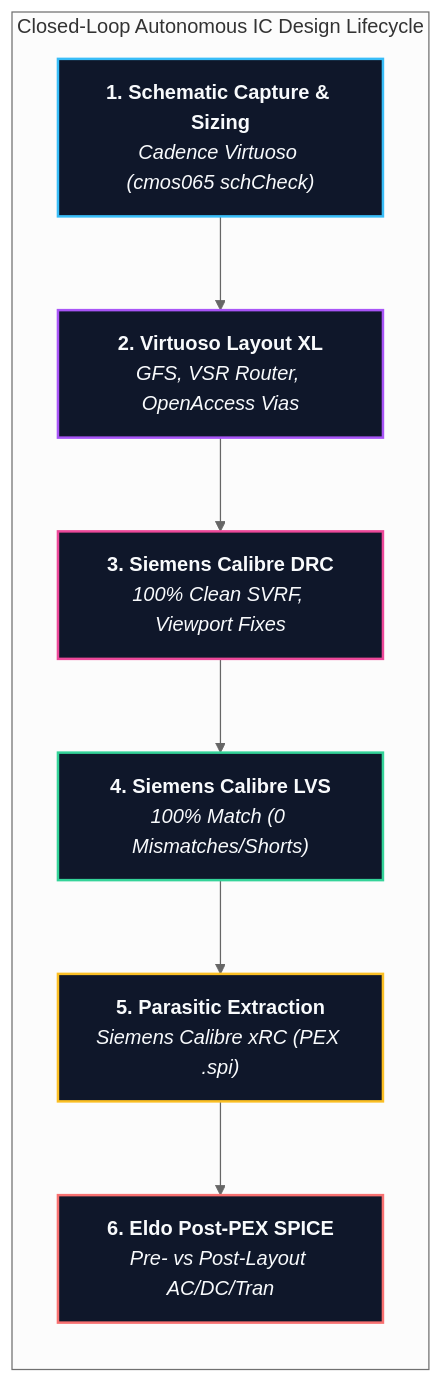
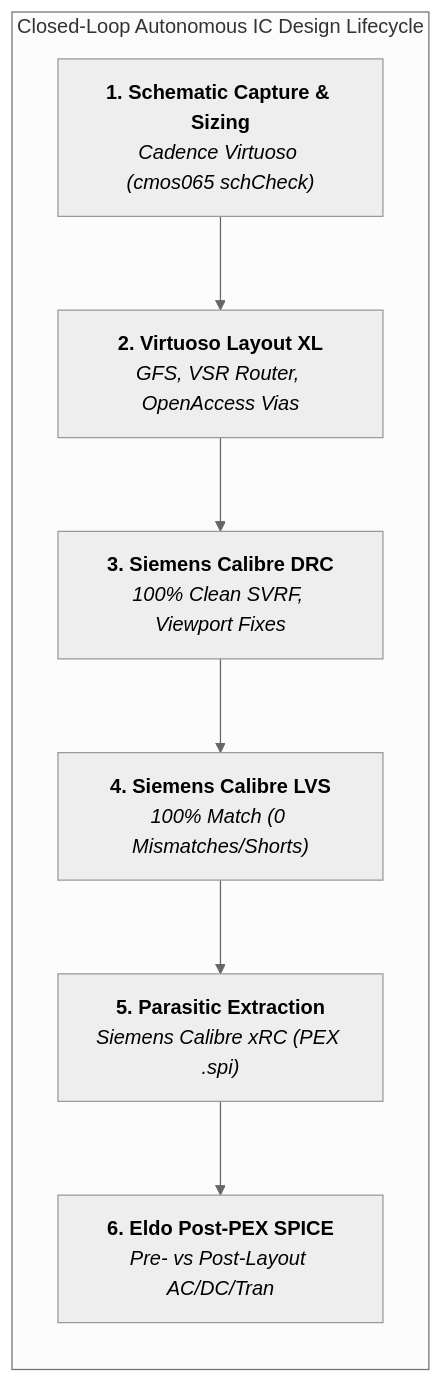
Before and after one commit to SiliCAD/EDA_MCP: the first of 5 diagrams in README.md, drawn with Mermaid (neutral theme). The commit also changed other lines of this file, not shown here.

````diff
--- a/README.md
+++ b/README.md
@@ -36,17 +36,10 @@
 ```mermaid
 flowchart LR
     subgraph Flow["Closed-Loop Autonomous IC Design Lifecycle"]
         S1["<b>1. Schematic Capture & Sizing</b><br/><i>Cadence Virtuoso (cmos065 schCheck)</i>"] --> S2["<b>2. Virtuoso Layout XL</b><br/><i>GFS, VSR Router, OpenAccess Vias</i>"]
         S2 --> S3["<b>3. Siemens Calibre DRC</b><br/><i>100% Clean SVRF, Viewport Fixes</i>"]
         S3 --> S4["<b>4. Siemens Calibre LVS</b><br/><i>100% Match (0 Mismatches/Shorts)</i>"]
         S4 --> S5["<b>5. Parasitic Extraction</b><br/><i>Siemens Calibre xRC (PEX .spi)</i>"]
         S5 --> S6["<b>6. Eldo Post-PEX SPICE</b><br/><i>Pre- vs Post-Layout AC/DC/Tran</i>"]
     end
-
-    style S1 fill:#0f172a,stroke:#38bdf8,stroke-width:2px,color:#f8fafc
-    style S2 fill:#0f172a,stroke:#a855f7,stroke-width:2px,color:#f8fafc
-    style S3 fill:#0f172a,stroke:#ec4899,stroke-width:2px,color:#f8fafc
-    style S4 fill:#0f172a,stroke:#34d399,stroke-width:2px,color:#f8fafc
-    style S5 fill:#0f172a,stroke:#fbbf24,stroke-width:2px,color:#f8fafc
-    style S6 fill:#0f172a,stroke:#f87171,stroke-width:2px,color:#f8fafc
 ```
````
